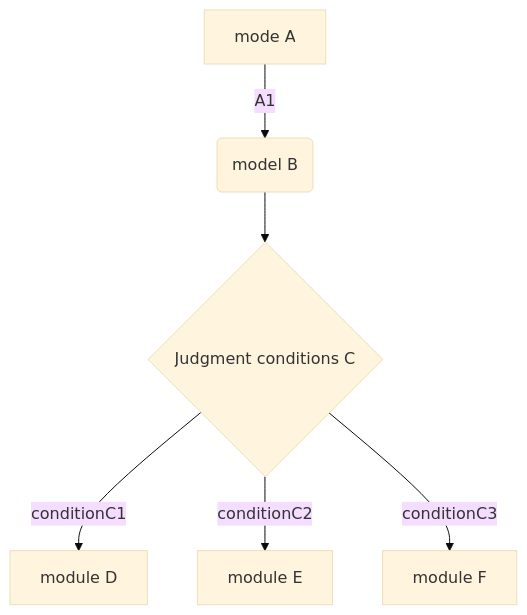
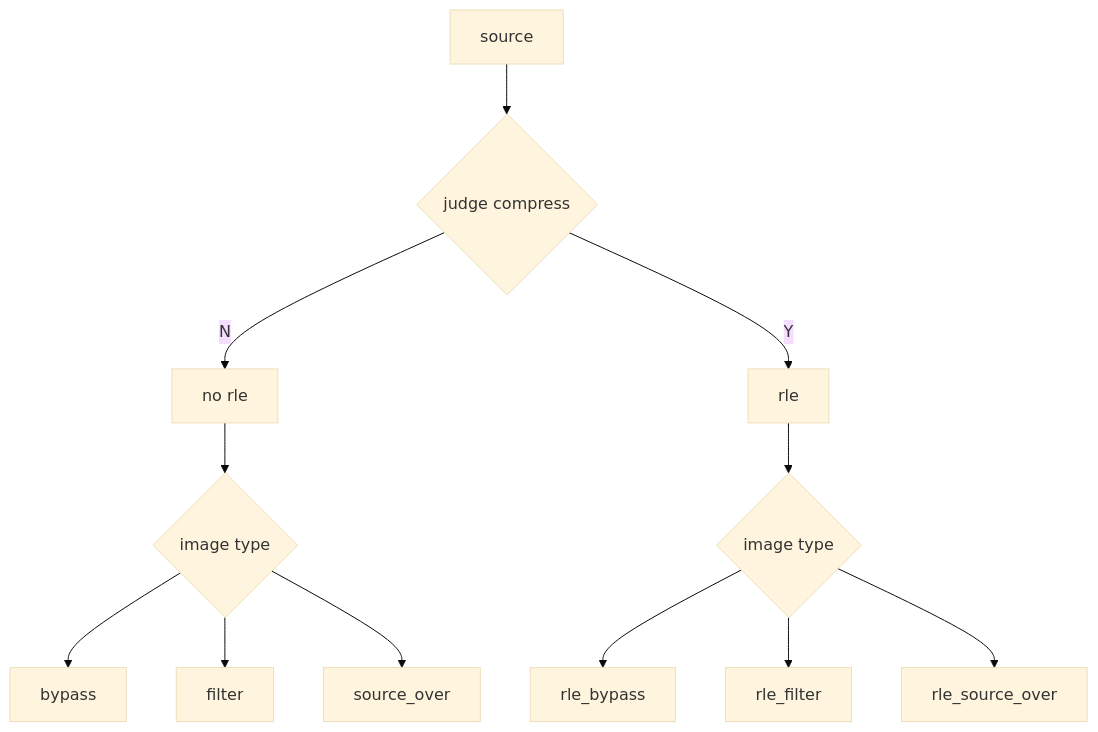
Before and after one commit to realmcu/HoneyGUI: the first of 17 diagrams in doc/source/Design/index.md, drawn with Mermaid (base theme). The commit also changed other lines of this file, not shown here.

````diff
--- a/doc/source/Design/index.md
+++ b/doc/source/Design/index.md
@@ -7,8 +9,15 @@
 ```{mermaid}
 graph TD
-A[mode A] -->|A1| B(model B)
-B --> C{Judgment conditions C}
-C -->|conditionC1| D[module D]
-C -->|conditionC2| E[module E]
-C -->|conditionC3| F[module F]
+source[source] -->C{judge compress}
+C -->|N| no_rle[no rle]
+C -->|Y| rle[rle]
+no_rle --> img_type{image type}
+img_type -->bypass
+img_type -->filter
+img_type -->source_over
+rle --> rle_img_type{image type}
+rle_img_type --> rle_bypass
+rle_img_type --> rle_filter
+rle_img_type --> rle_source_over
+
 ```
````
